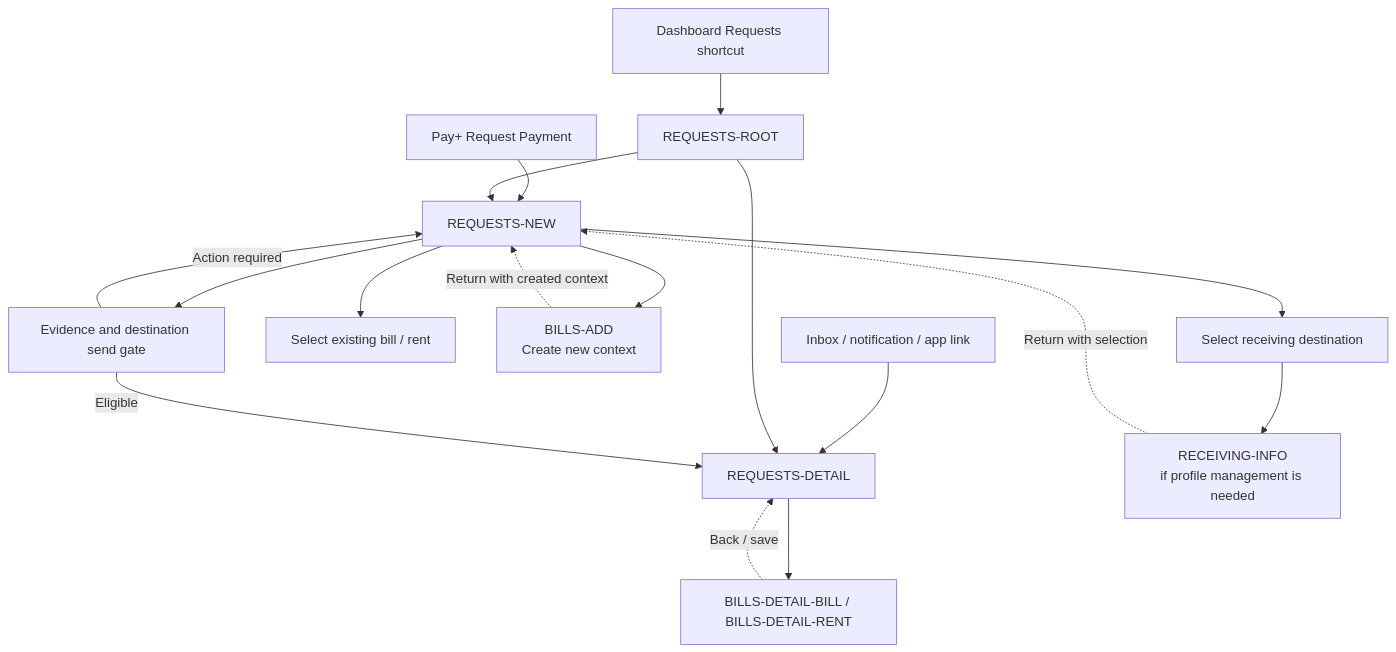
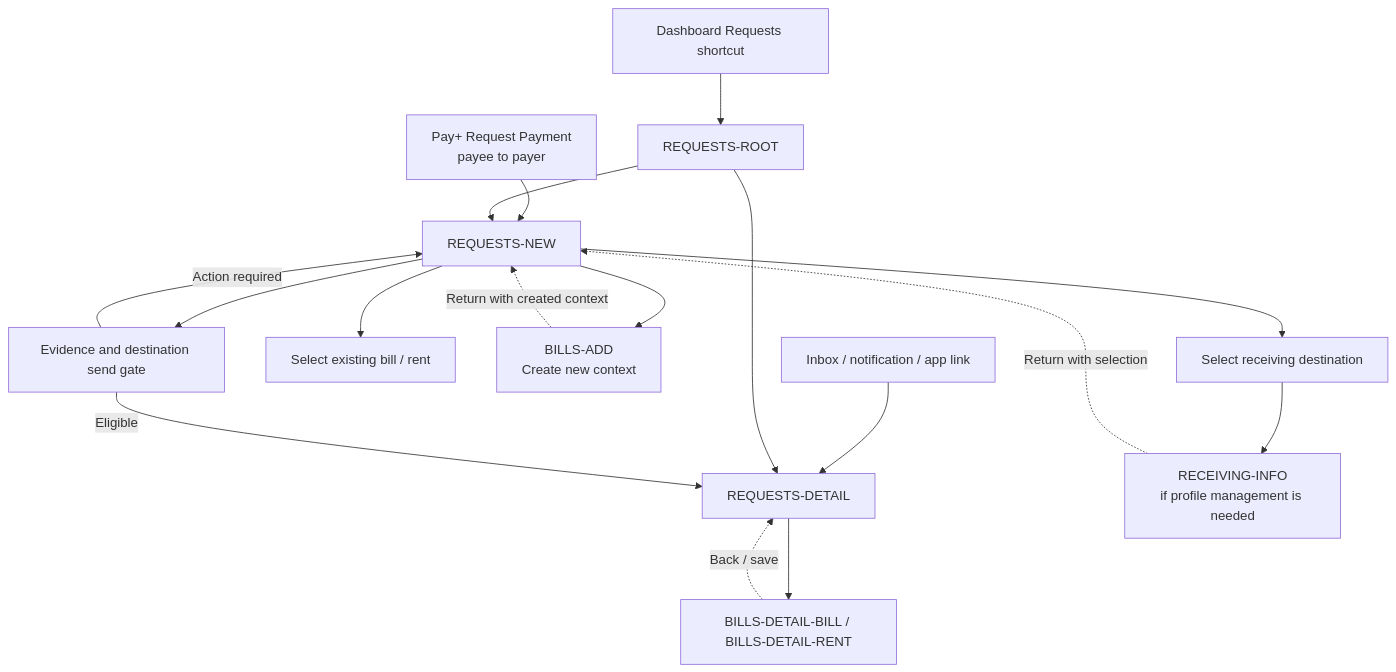
One commit to adminpayplus/payplus-docs changed the diagram in docs/diagrams/routes/payplus-requests-route-map.md. Above: the diagram before and after it, drawn with Mermaid. The commit also changed other lines of this file and 24 other files, not shown here.

Commit message:
docs: define Pay+ action sheet and request directions

````diff
--- a/docs/diagrams/routes/payplus-requests-route-map.md
+++ b/docs/diagrams/routes/payplus-requests-route-map.md
@@ -7,20 +7,20 @@
 ```mermaid
 flowchart TD
   SHORTCUT["Dashboard Requests shortcut"] --> ROOT["REQUESTS-ROOT"]
   NOTIFY["Inbox / notification / app link"] --> DETAIL["REQUESTS-DETAIL"]
-  PAYPLUS["Pay+ Request Payment"] --> NEW["REQUESTS-NEW"]
+  PAYPLUS["Pay+ Request Payment<br/>payee to payer"] --> NEW["REQUESTS-NEW"]
 
   ROOT --> DETAIL
   ROOT --> NEW
   NEW --> SELECT["Select existing bill / rent"]
   NEW --> ADD["BILLS-ADD<br/>Create new context"]
   ADD -. "Return with created context" .-> NEW
   NEW --> DEST["Select receiving destination"]
   DEST --> RECEIVING["RECEIVING-INFO<br/>if profile management is needed"]
   RECEIVING -. "Return with selection" .-> NEW
   NEW --> GATE["Evidence and destination send gate"]
   GATE -->|"Eligible"| DETAIL
   GATE -->|"Action required"| NEW
   DETAIL --> BILLDETAIL["BILLS-DETAIL-BILL / BILLS-DETAIL-RENT"]
   BILLDETAIL -. "Back / save" .-> DETAIL
 ```
````
